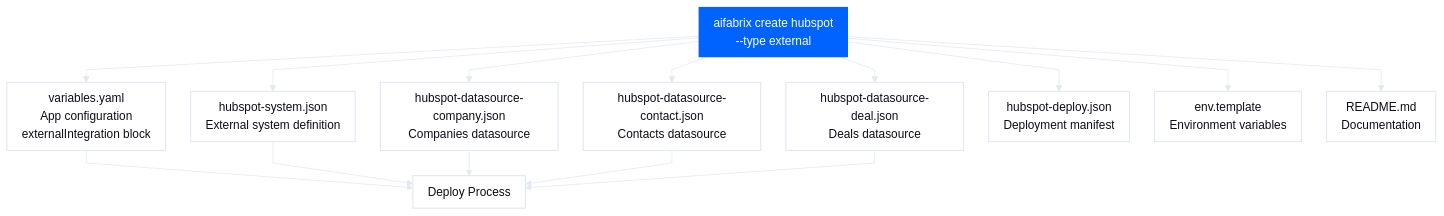
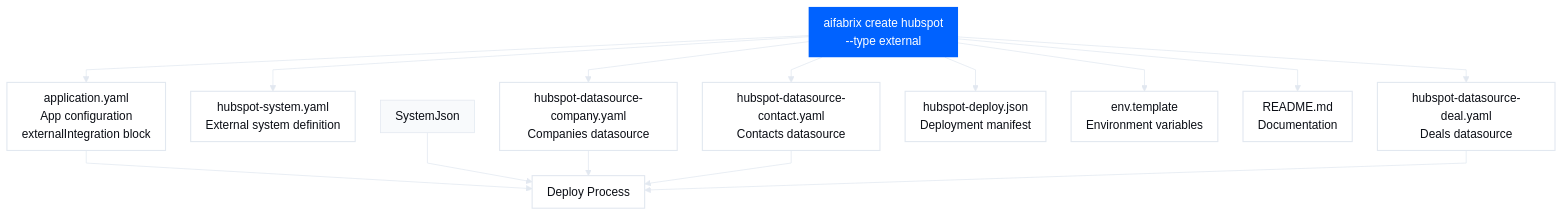
One commit to esystemsdev/aifabrix-builder changed the second of 3 diagrams in docs/external-systems.md. Above: the diagram before and after it, drawn with Mermaid. The commit also changed other lines of this file and 259 other files, not shown here.

````diff
--- a/docs/external-systems.md
+++ b/docs/external-systems.md
@@ -116,49 +116,49 @@
 ```mermaid
 %%{init: {
   "theme": "base",
   "themeVariables": {
     "fontFamily": "Poppins, Arial Rounded MT Bold, Arial, sans-serif",
     "fontSize": "16px",
     "background": "#FFFFFF",
     "primaryColor": "#F8FAFC",
     "primaryTextColor": "#0B0E15",
     "primaryBorderColor": "#E2E8F0",
     "lineColor": "#E2E8F0",
     "textColor": "#0B0E15",
     "borderRadius": 16
   },
   "flowchart": {
     "curve": "linear",
     "nodeSpacing": 34,
     "rankSpacing": 34,
     "padding": 10
   }
 }}%%
 
 flowchart TD
 
 %% =======================
 %% Styles
 %% =======================
 classDef base fill:#FFFFFF,color:#0B0E15,stroke:#E2E8F0,stroke-width:1.5px;
 classDef medium fill:#1E3A8A,color:#ffffff,stroke-width:0px;
 classDef primary fill:#0062FF,color:#ffffff,stroke-width:0px;
 
 %% =======================
 %% Flow
 %% =======================
-Create[aifabrix create hubspot<br/>--type external]:::primary --> Variables[variables.yaml<br/>App configuration<br/>externalIntegration block]:::base
-Create --> SystemJson[hubspot-system.json<br/>External system definition]:::base
-Create --> Datasource1[hubspot-datasource-company.json<br/>Companies datasource]:::base
-Create --> Datasource2[hubspot-datasource-contact.json<br/>Contacts datasource]:::base
-Create --> Datasource3[hubspot-datasource-deal.json<br/>Deals datasource]:::base
+Create[aifabrix create hubspot<br/>--type external]:::primary --> Variables[application.yaml<br/>App configuration<br/>externalIntegration block]:::base
+Create --> SystemYaml[hubspot-system.yaml<br/>External system definition]:::base
+Create --> Datasource1[hubspot-datasource-company.yaml<br/>Companies datasource]:::base
+Create --> Datasource2[hubspot-datasource-contact.yaml<br/>Contacts datasource]:::base
+Create --> Datasource3[hubspot-datasource-deal.yaml<br/>Deals datasource]:::base
 Create --> DeployManifest[hubspot-deploy.json<br/>Deployment manifest]:::base
 Create --> EnvTemplate[env.template<br/>Environment variables]:::base
 Create --> Readme[README.md<br/>Documentation]:::base
 
 Variables --> Deploy[Deploy Process]:::base
 SystemJson --> Deploy
 Datasource1 --> Deploy
 Datasource2 --> Deploy
 Datasource3 --> Deploy
 ```
````
